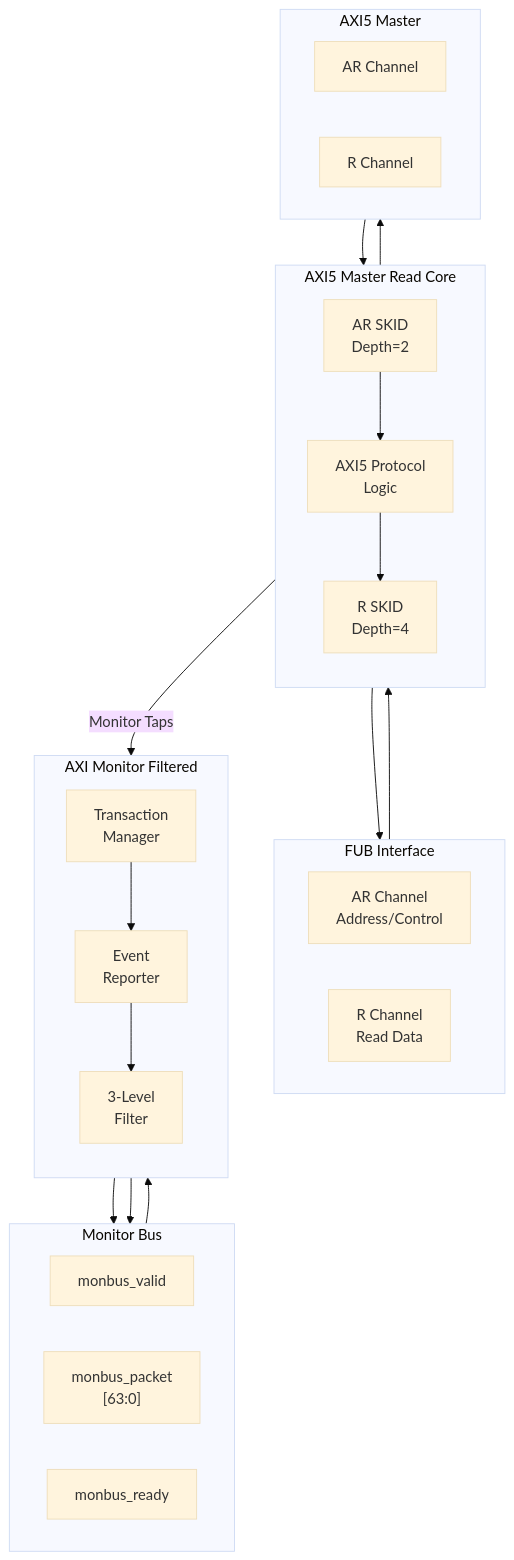
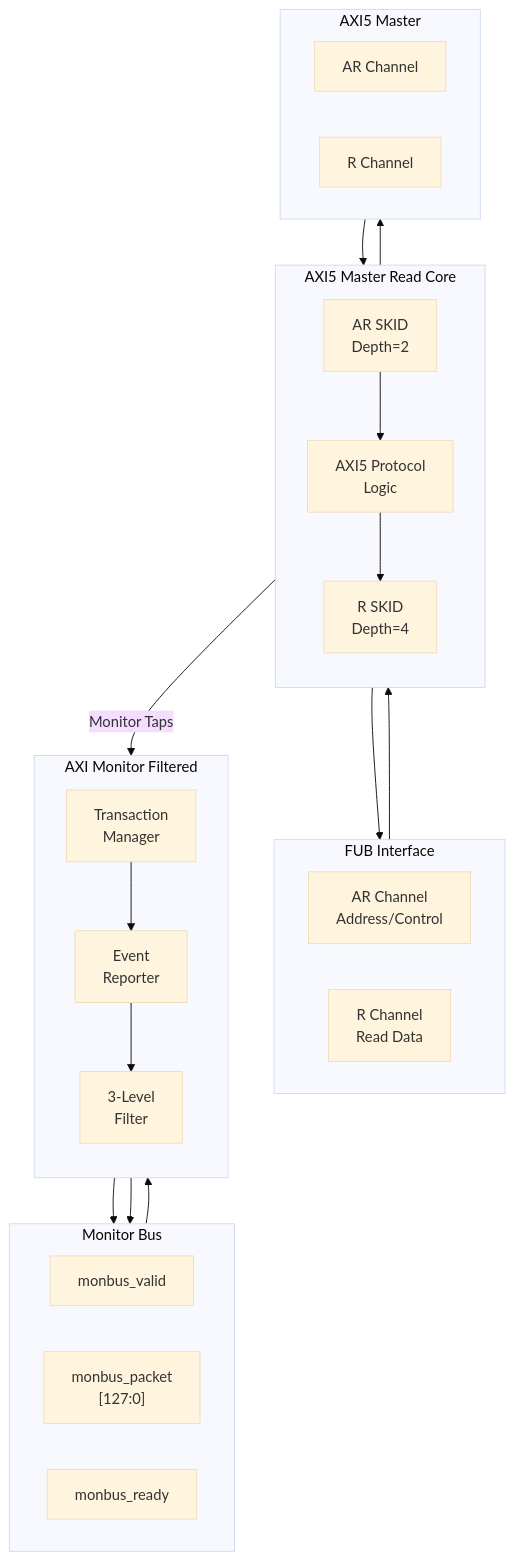
One commit to sean-galloway/RTLDesignSherpa changed the diagram in docs/markdown/rtl-amba/axi5/axi5_master_rd_mon.md. Above: the diagram before and after it, drawn with Mermaid (base theme). The commit also changed other lines of this file and 22 other files, not shown here.

````diff
--- a/docs/markdown/rtl-amba/axi5/axi5_master_rd_mon.md
+++ b/docs/markdown/rtl-amba/axi5/axi5_master_rd_mon.md
@@ -61,52 +61,52 @@
 ```mermaid
 flowchart TB
     subgraph FUB["FUB Interface"]
         direction LR
         fub_ar["AR Channel<br/>Address/Control"]
         fub_r["R Channel<br/>Read Data"]
     end
 
     subgraph CORE["AXI5 Master Read Core"]
         direction TB
         ar_skid["AR SKID<br/>Depth=2"]
         r_skid["R SKID<br/>Depth=4"]
         axi5_logic["AXI5 Protocol<br/>Logic"]
         ar_skid --> axi5_logic
         axi5_logic --> r_skid
     end
 
     subgraph MONITOR["AXI Monitor Filtered"]
         direction TB
         trans_mgr["Transaction<br/>Manager"]
         reporter["Event<br/>Reporter"]
         filter["3-Level<br/>Filter"]
 
         trans_mgr --> reporter
         reporter --> filter
     end
 
     subgraph MONBUS["Monitor Bus"]
         direction LR
         pkt_valid["monbus_valid"]
-        pkt_data["monbus_packet<br/>[63:0]"]
+        pkt_data["monbus_packet<br/>[127:0]"]
         pkt_ready["monbus_ready"]
     end
 
     fub_ar --> ar_skid
     r_skid --> fub_r
 
     axi5_logic -->|Monitor Taps| trans_mgr
 
     filter --> pkt_valid
     filter --> pkt_data
     pkt_ready --> filter
 
     subgraph AXI["AXI5 Master"]
         direction LR
         m_ar["AR Channel"]
         m_r["R Channel"]
     end
 
     axi5_logic --> m_ar
     m_r --> axi5_logic
 ```
````
